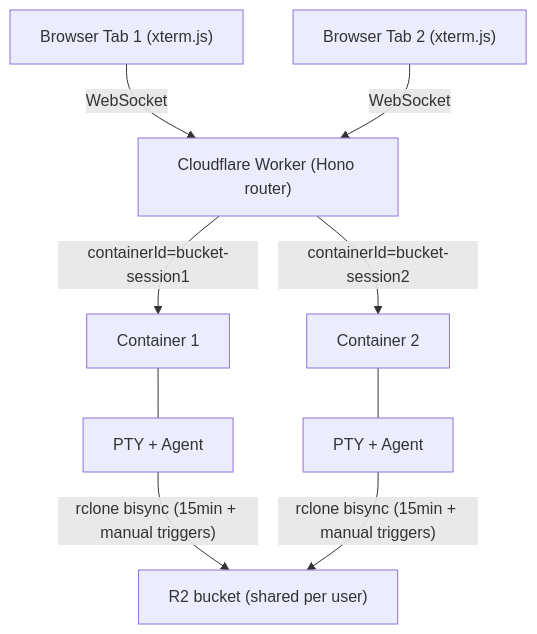
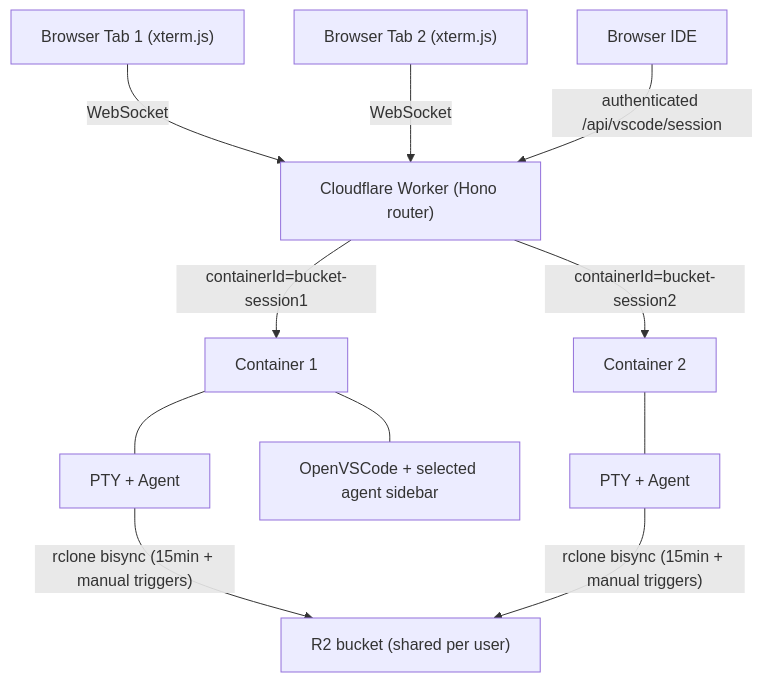
One commit to nikolanovoselec/codeflare changed the first of 11 diagrams in documentation/lanes/architecture.md. Above: the diagram before and after it, drawn with Mermaid. The commit also changed other lines of this file and 13 other files, not shown here.

Commit message:
docs: complete browser IDE agent sidebar

````diff
--- a/documentation/lanes/architecture.md
+++ b/documentation/lanes/architecture.md
@@ -24,11 +24,13 @@
 ```mermaid
 graph TD
     B1["Browser Tab 1 (xterm.js)"] -->|WebSocket| W["Cloudflare Worker (Hono router)"]
     B2["Browser Tab 2 (xterm.js)"] -->|WebSocket| W
+    BI["Browser IDE"] -->|"authenticated /api/vscode/session"| W
     W -->|"containerId=bucket-session1"| C1["Container 1"]
     W -->|"containerId=bucket-session2"| C2["Container 2"]
     C1 --- P1["PTY + Agent"]
+    C1 --- O1["OpenVSCode + selected agent sidebar"]
     C2 --- P2["PTY + Agent"]
     P1 -->|"rclone bisync (15min + manual triggers)"| R2["R2 bucket (shared per user)"]
     P2 -->|"rclone bisync (15min + manual triggers)"| R2
 ```
````
